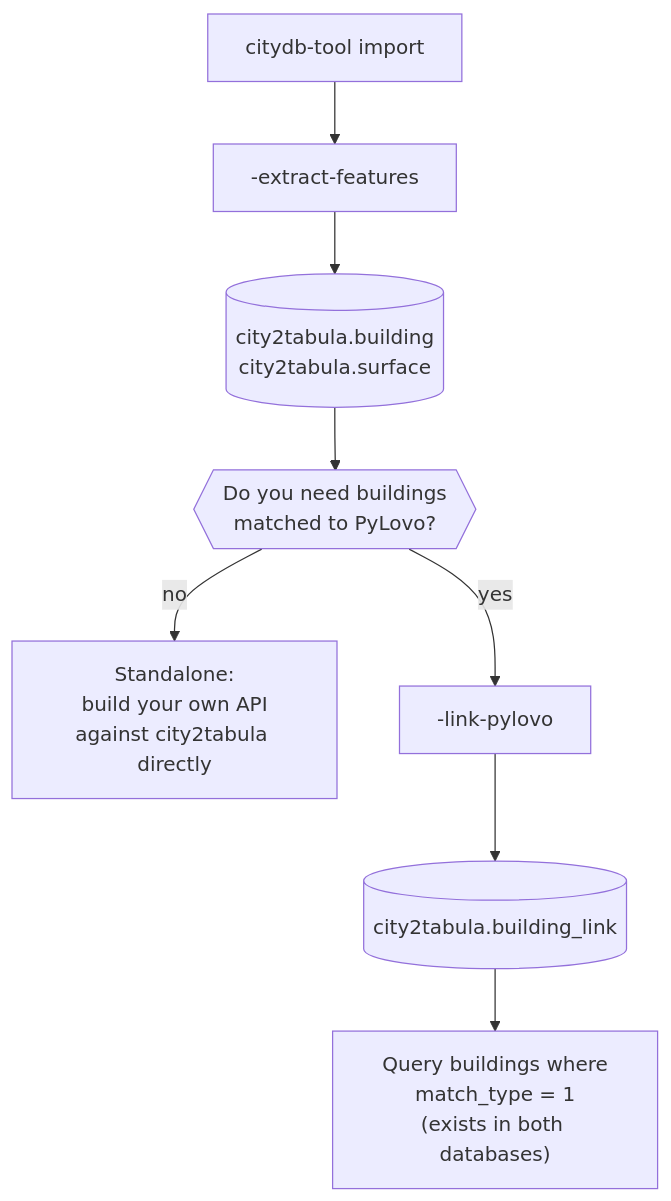
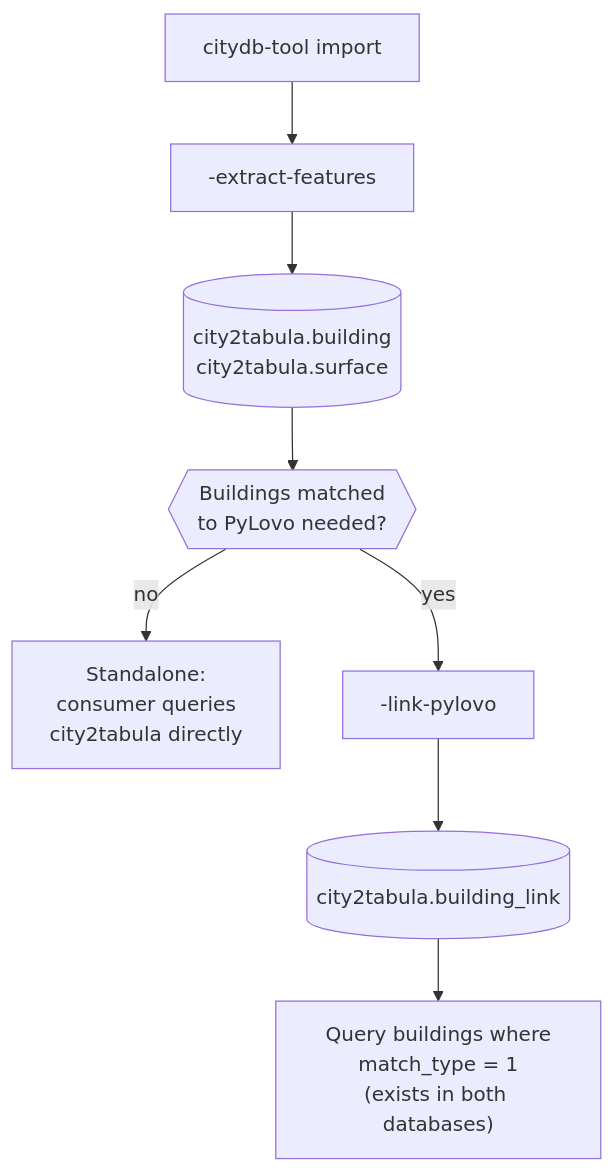
The diagram in docs/deployment/index.md (THD-Spatial-AI/city2tabula), drawn with Mermaid before and after one commit. The commit also changed other lines of this file and 23 other files, not shown here.

````diff
--- a/docs/deployment/index.md
+++ b/docs/deployment/index.md
@@ -14,10 +18,10 @@
 ```mermaid
 flowchart TD
     A["citydb-tool import"] --> B["-extract-features"]
     B --> C[("city2tabula.building<br>city2tabula.surface")]
-    C --> D{{"Do you need buildings<br>matched to PyLovo?"}}
-    D -->|no| E["Standalone:<br>build your own API<br>against city2tabula directly"]
+    C --> D{{"Buildings matched<br>to PyLovo needed?"}}
+    D -->|no| E["Standalone:<br>consumer queries<br>city2tabula directly"]
     D -->|yes| F["-link-pylovo"]
     F --> G[("city2tabula.building_link")]
     G --> H["Query buildings where<br>match_type = 1<br>(exists in both databases)"]
 ```
````
